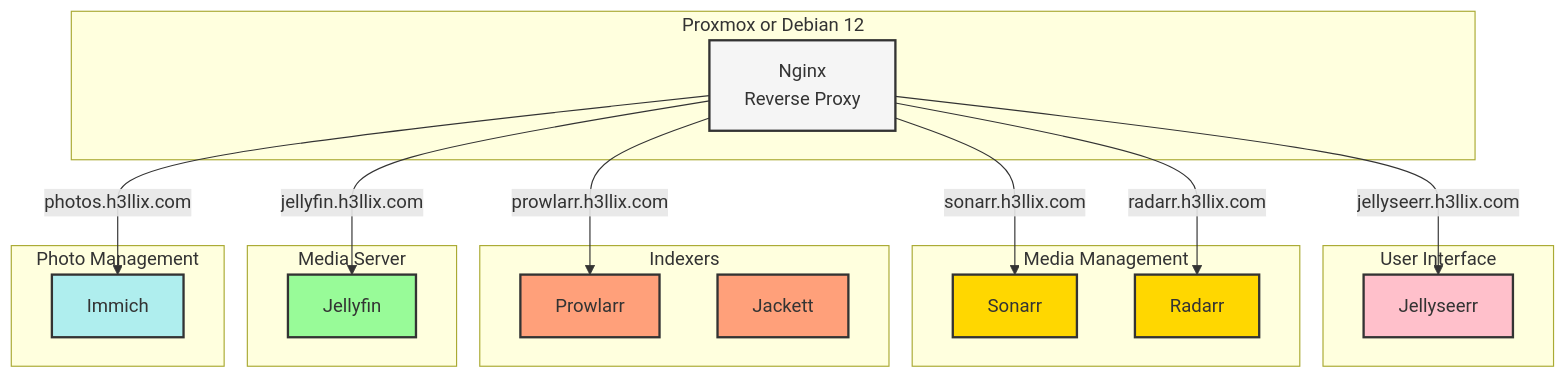
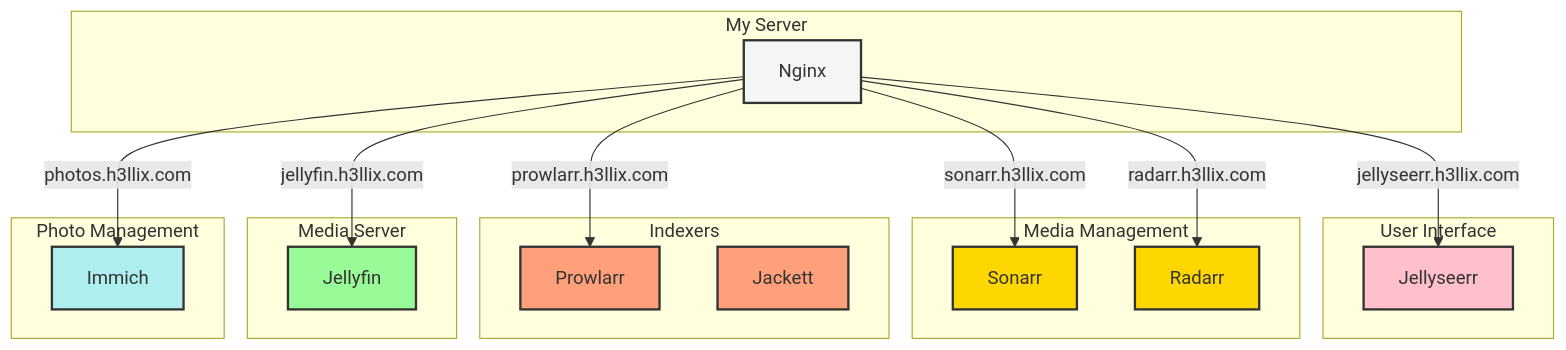
The diagram in content/Self Hosted Media Server that I use day to day..md (h3llix/blog), drawn with Mermaid before and after one commit.

Commit message:
Quartz sync: Mar 8, 2025, 4:11 PM

````diff
--- a/content/Self Hosted Media Server that I use day to day..md
+++ b/content/Self Hosted Media Server that I use day to day..md
@@ -6,52 +6,52 @@
 ```mermaid
 flowchart TD
-    subgraph Host["Proxmox or Debian 12"]
-        Nginx["Nginx\nReverse Proxy"]
+    subgraph Host["My Server"]
+        Nginx["Nginx"]
     end
 
     subgraph UserInterface["User Interface"]
         Jellyseerr["Jellyseerr"]
     end
 
     subgraph MediaManagement["Media Management"]
         Sonarr["Sonarr"]
         Radarr["Radarr"]
     end
 
     subgraph Indexers["Indexers"]
         Prowlarr["Prowlarr"]
         Jackett["Jackett"]
     end
 
     subgraph MediaServer["Media Server"]
         Jellyfin["Jellyfin"]
     end
 
     subgraph PhotoManagement["Photo Management"]
         Immich["Immich"]
     end
 
     %% Domain connections
     Nginx --> |"jellyseerr.h3llix.com"| Jellyseerr
     Nginx --> |"sonarr.h3llix.com"| Sonarr
     Nginx --> |"radarr.h3llix.com"| Radarr
     Nginx --> |"prowlarr.h3llix.com"| Prowlarr
     Nginx --> |"jellyfin.h3llix.com"| Jellyfin
     Nginx --> |"photos.h3llix.com"| Immich
 
     %% Style definitions
     classDef proxy fill:#f5f5f5,stroke:#333,stroke-width:2px
     classDef ui fill:#ffc0cb,stroke:#333,stroke-width:2px
     classDef manager fill:#ffd700,stroke:#333,stroke-width:2px
     classDef indexer fill:#ffa07a,stroke:#333,stroke-width:2px
     classDef mediaServer fill:#98fb98,stroke:#333,stroke-width:2px
     classDef photo fill:#afeeee,stroke:#333,stroke-width:2px
 
     %% Apply styles
     class Nginx proxy
     class Jellyseerr ui
     class Sonarr,Radarr manager
     class Prowlarr,Jackett indexer
     class Jellyfin mediaServer
     class Immich photo
 ```
````
